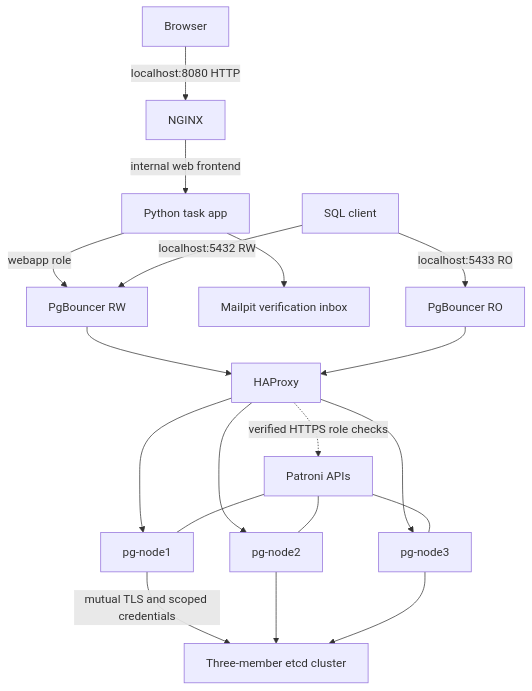
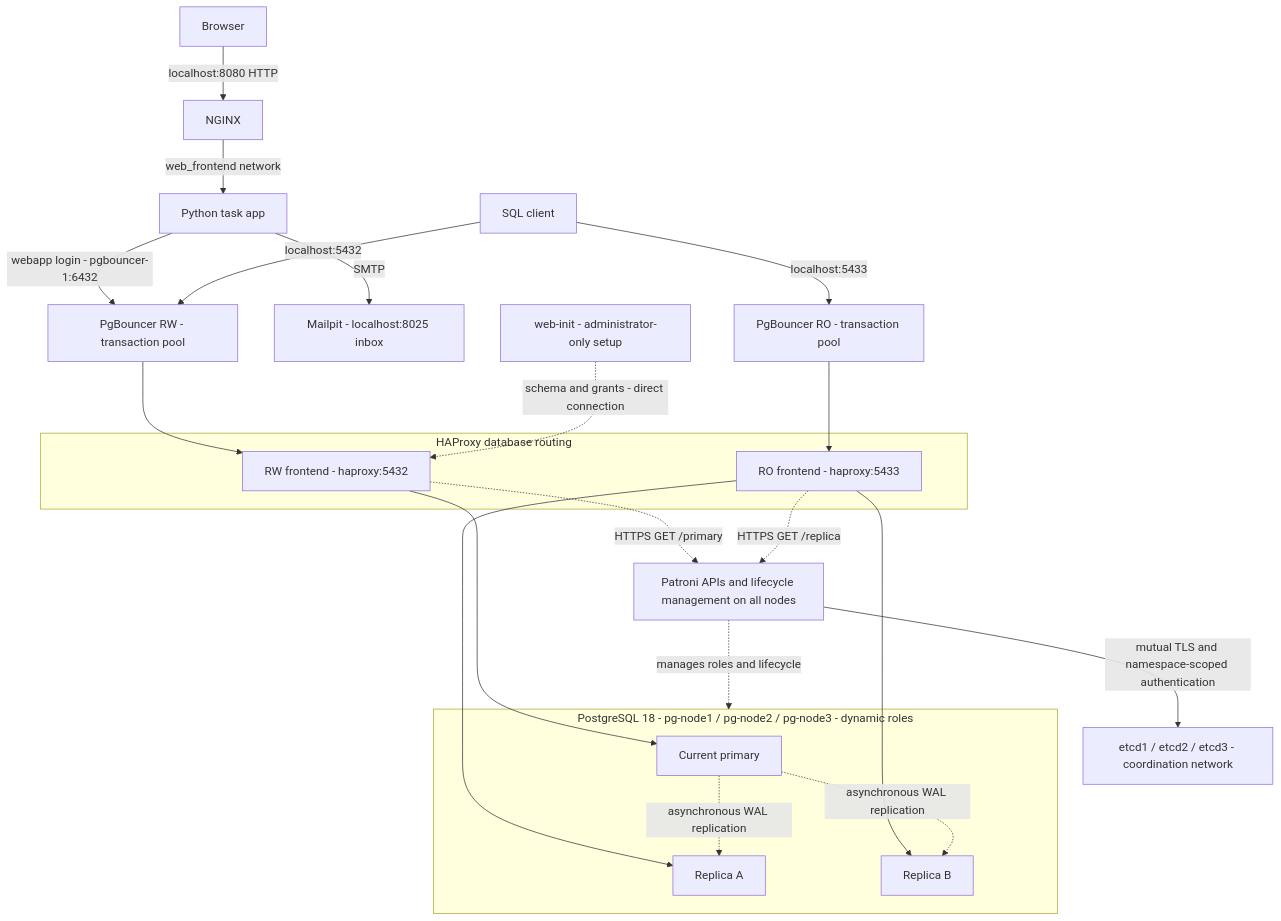
The diagram in README.md (andrasfeher/postgresql-replication-routing-lab), drawn with Mermaid before and after one commit. The commit also changed other lines of this file and 1 other file, not shown here.

Commit message:
Clarify pooled web path and refresh architecture diagrams

````diff
--- a/README.md
+++ b/README.md
@@ -31,21 +31,33 @@
 ```mermaid
 flowchart TB
-    B[Browser] -->|localhost:8080 HTTP| X[NGINX]
-    X -->|internal web frontend| W[Python task app]
-    W -->|webapp role| P1
-    P1 --> H[HAProxy]
-    W --> M[Mailpit verification inbox]
-    C[SQL client] -->|localhost:5432 RW| P1[PgBouncer RW]
-    C -->|localhost:5433 RO| P2[PgBouncer RO]
-    P2 --> H
-    H --> N1[pg-node1]
-    H --> N2[pg-node2]
-    H --> N3[pg-node3]
-    H -.->|verified HTTPS role checks| A[Patroni APIs]
-    A --- N1
-    A --- N2
-    A --- N3
-    N1 -->|mutual TLS and scoped credentials| E[Three-member etcd cluster]
-    N2 --> E
-    N3 --> E
+    Browser[Browser] -->|localhost:8080 HTTP| Nginx[NGINX]
+    Nginx -->|web_frontend network| Web[Python task app]
+    Web -->|webapp login - pgbouncer-1:6432| PoolRW[PgBouncer RW - transaction pool]
+    Web -->|SMTP| Mail[Mailpit - localhost:8025 inbox]
+    Client[SQL client] -->|localhost:5432| PoolRW
+    Client -->|localhost:5433| PoolRO[PgBouncer RO - transaction pool]
+
+    subgraph Proxy[HAProxy database routing]
+        RW[RW frontend - haproxy:5432]
+        RO[RO frontend - haproxy:5433]
+    end
+    PoolRW --> RW
+    PoolRO --> RO
+
+    subgraph Cluster[PostgreSQL 18 - pg-node1 / pg-node2 / pg-node3 - dynamic roles]
+        Primary[Current primary]
+        ReplicaA[Replica A]
+        ReplicaB[Replica B]
+    end
+    RW --> Primary
+    RO --> ReplicaA
+    RO --> ReplicaB
+    Primary -.->|asynchronous WAL replication| ReplicaA
+    Primary -.->|asynchronous WAL replication| ReplicaB
+
+    Init[web-init - administrator-only setup] -.->|schema and grants - direct connection| RW
+    RW -.->|HTTPS GET /primary| Patroni[Patroni APIs and lifecycle management on all nodes]
+    RO -.->|HTTPS GET /replica| Patroni
+    Patroni -.->|manages roles and lifecycle| Cluster
+    Patroni -->|mutual TLS and namespace-scoped authentication| Etcd[etcd1 / etcd2 / etcd3 - coordination network]
 ```
````
